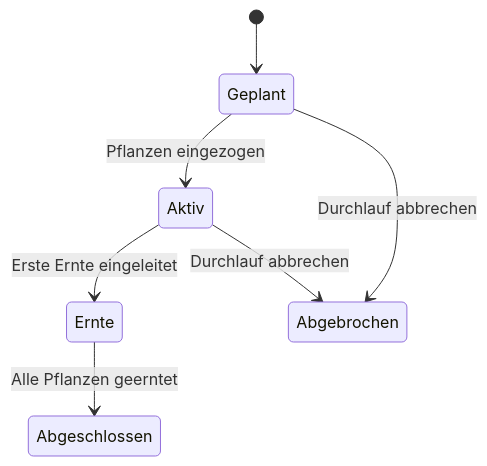
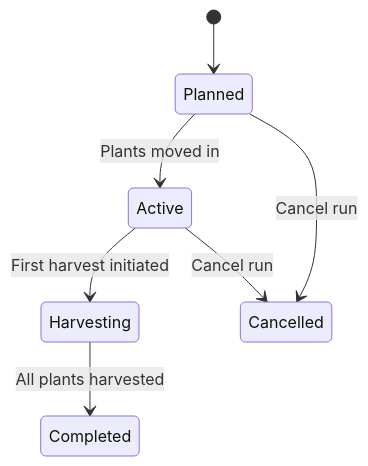
Before and after one commit to nolte/kamerplanter: the diagram in docs/de/user-guide/planting-runs.md, drawn with Mermaid. The commit also changed other lines of this file and 44 other files, not shown here.

First line of the commit message:
docs: make all Mermaid diagrams spec-compliant (repo-wide sweep)

````diff
--- a/docs/de/user-guide/planting-runs.md
+++ b/docs/de/user-guide/planting-runs.md
@@ -81,9 +82,9 @@
 ```mermaid
 stateDiagram-v2
-    [*] --> Geplant
-    Geplant --> Aktiv : Pflanzen eingezogen
-    Aktiv --> Ernte : Erste Ernte eingeleitet
-    Ernte --> Abgeschlossen : Alle Pflanzen geerntet
-    Aktiv --> Abgebrochen : Durchlauf abbrechen
-    Geplant --> Abgebrochen : Durchlauf abbrechen
+    [*] --> Planned
+    Planned --> Active : Plants moved in
+    Active --> Harvesting : First harvest initiated
+    Harvesting --> Completed : All plants harvested
+    Active --> Cancelled : Cancel run
+    Planned --> Cancelled : Cancel run
 ```
````
